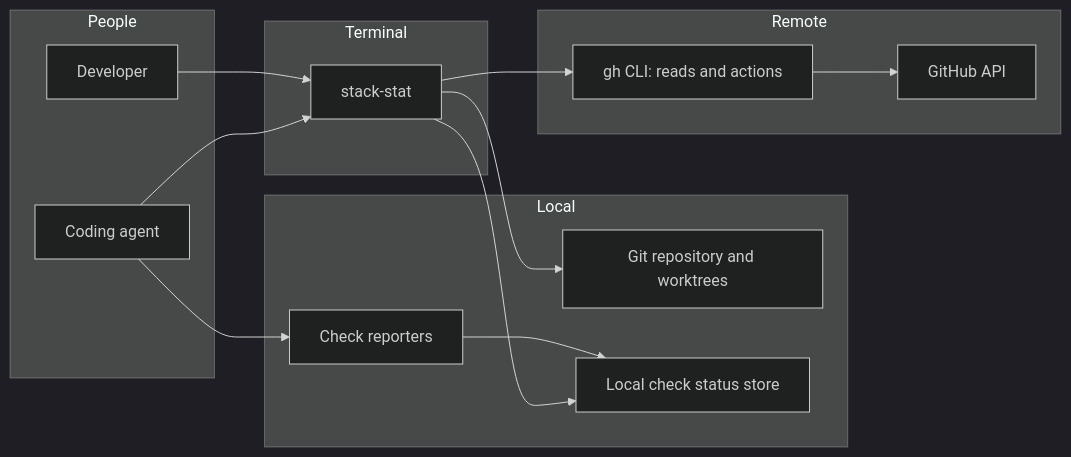
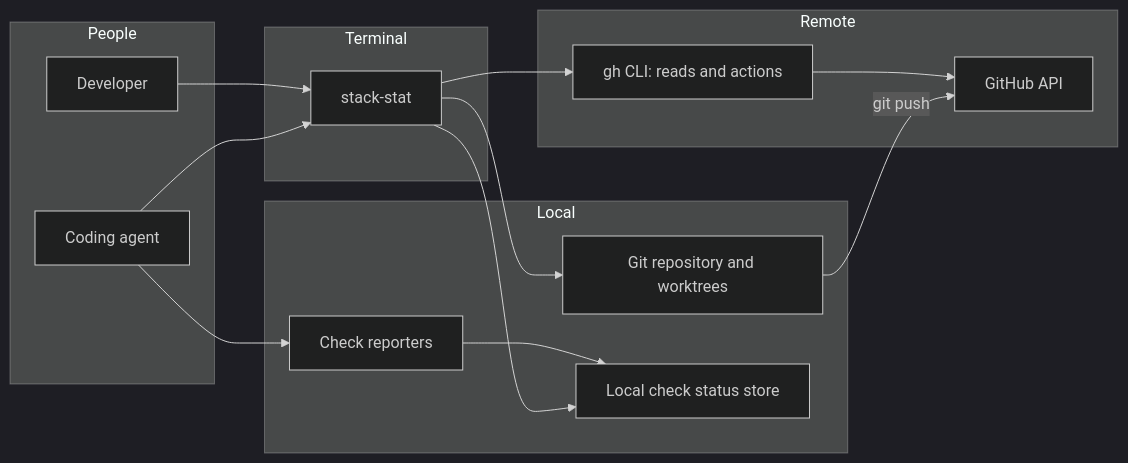
Before and after one commit to cam1se/stack-stat: the diagram in docs/architecture/01-l1-context.md, drawn with Mermaid (dark theme).

Commit message:
docs: show the direct git push path in the context diagram

````diff
--- a/docs/architecture/01-l1-context.md
+++ b/docs/architecture/01-l1-context.md
@@ -5,26 +5,27 @@
 ```mermaid
 flowchart LR
   subgraph People
     Dev[Developer]
     Agent[Coding agent]
   end
   subgraph Terminal
     Stat[stack-stat]
   end
   subgraph Local
     Git[Git repository and worktrees]
     Store[Local check status store]
     Reporter[Check reporters]
   end
   subgraph Remote
     Gh[gh CLI: reads and actions]
     GitHub[GitHub API]
   end
   Dev --> Stat
   Agent --> Stat
   Agent --> Reporter
   Reporter --> Store
   Stat --> Store
   Stat --> Git
   Stat --> Gh --> GitHub
+  Git -->|git push| GitHub
 ```
````
